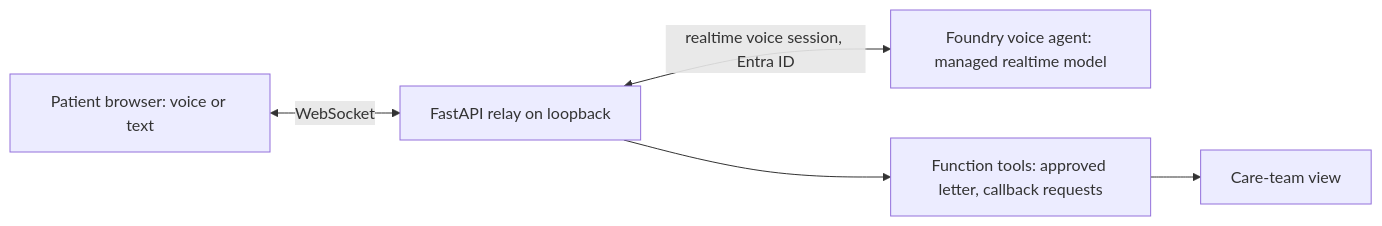
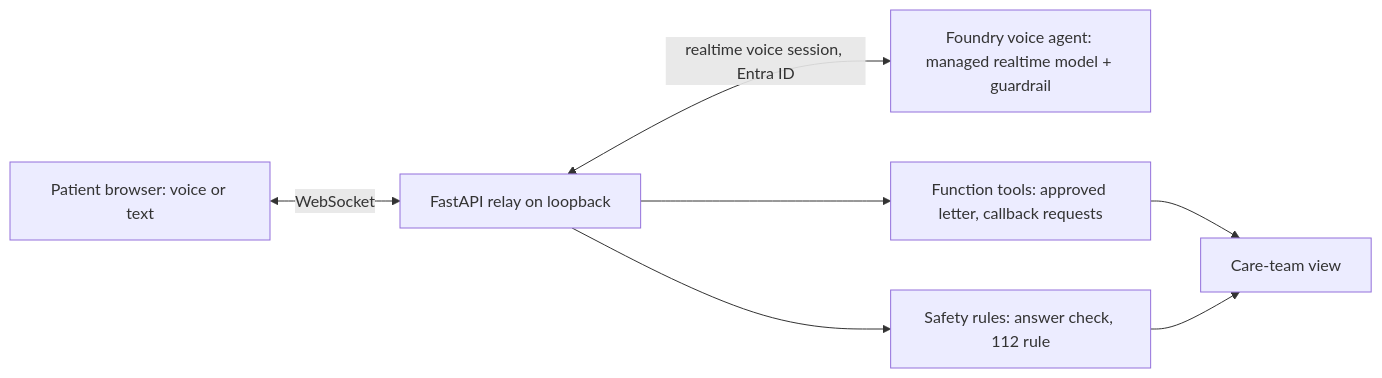
One commit to beyondelastic/healthcare-agent-demos changed the third of 3 diagrams in docs/ARCHITECTURE.md. Above: the diagram before and after it, drawn with Mermaid. The commit also changed other lines of this file and 22 other files, not shown here.

First line of the commit message:
Voice demo: safety layers against medical advice and medication mix-ups

````diff
--- a/docs/ARCHITECTURE.md
+++ b/docs/ARCHITECTURE.md
@@ -75,7 +75,9 @@
 ```mermaid
 flowchart LR
     P[Patient browser: voice or text] <-- WebSocket --> R[FastAPI relay on loopback]
-    R <-- realtime voice session, Entra ID --> V[Foundry voice agent: managed realtime model]
+    R <-- realtime voice session, Entra ID --> V[Foundry voice agent: managed realtime model + guardrail]
     R --> T[Function tools: approved letter, callback requests]
+    R --> G[Safety rules: answer check, 112 rule]
     T --> S[Care-team view]
+    G --> S
 ```
````
